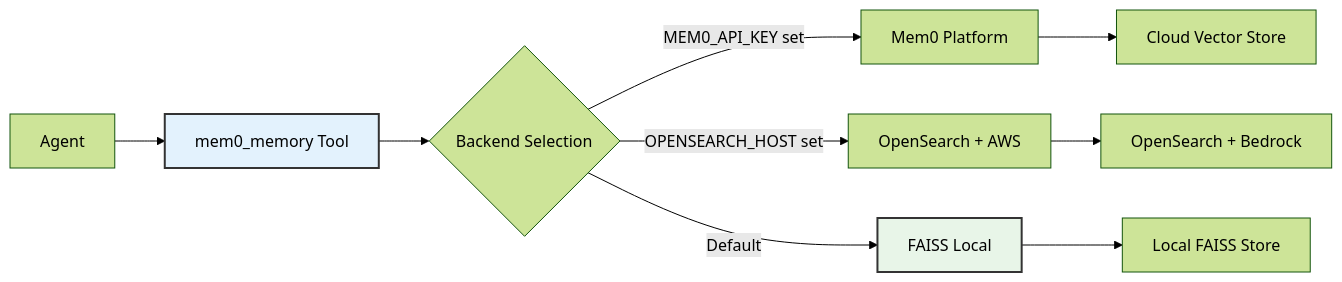
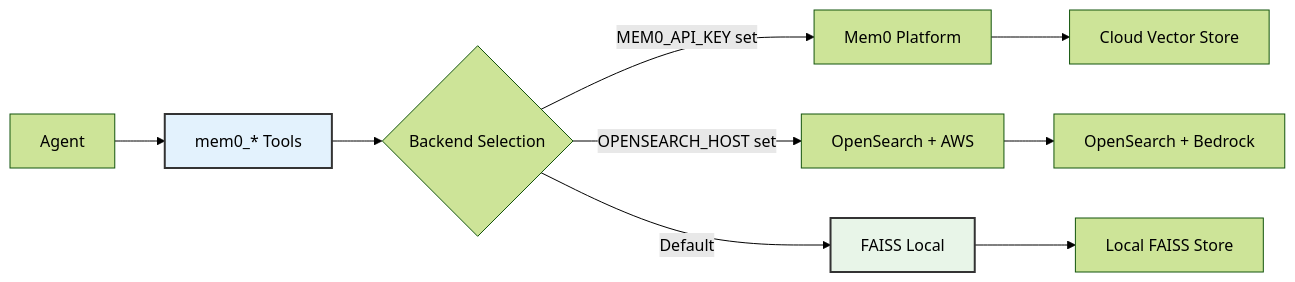
One commit to double16/Cyber-AutoAgent-ng changed the first of 2 diagrams in docs/memory.md. Above: the diagram before and after it, drawn with Mermaid (forest theme). The commit also changed other lines of this file and 129 other files, not shown here.

````diff
--- a/docs/memory.md
+++ b/docs/memory.md
@@ -15,16 +15,16 @@
 ```mermaid
 graph LR
-    A[Agent] --> B[mem0_memory Tool]
+    A[Agent] --> B[mem0_* Tools]
     B --> C{Backend Selection}
 
     C -->|MEM0_API_KEY set| D[Mem0 Platform]
     C -->|OPENSEARCH_HOST set| E[OpenSearch + AWS]
     C -->|Default| F[FAISS Local]
 
     D --> G[Cloud Vector Store]
     E --> H[OpenSearch + Bedrock]
     F --> I[Local FAISS Store]
 
     style B fill:#e3f2fd,stroke:#333,stroke-width:2px
     style F fill:#e8f5e8,stroke:#333,stroke-width:2px
 ```
````
